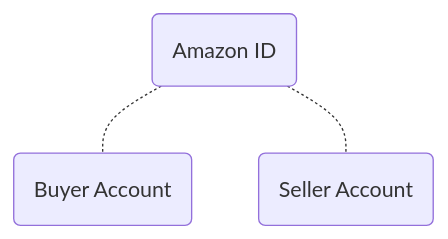
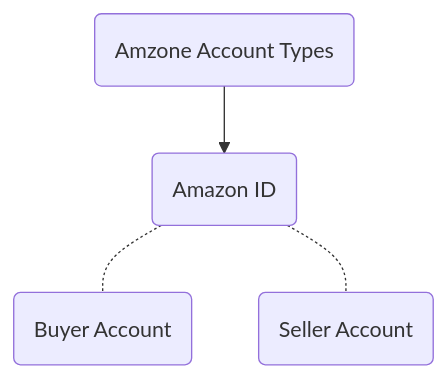
One commit to engradeelnayyar/engradeelnayyar changed the third of 3 diagrams in amazonvirtualassistant.md. Above: the diagram before and after it, drawn with Mermaid. The commit also changed other lines of this file, not shown here.

````diff
--- a/amazonvirtualassistant.md
+++ b/amazonvirtualassistant.md
@@ -63,8 +72,8 @@
 ```mermaid
 
 graph TD
-
+A1(Amzone Account Types)-->A(Amazon ID)
 A(Amazon ID)-.-B(Buyer Account)
 A(Amazon ID)-.-C(Seller Account)
 
 ```
````
